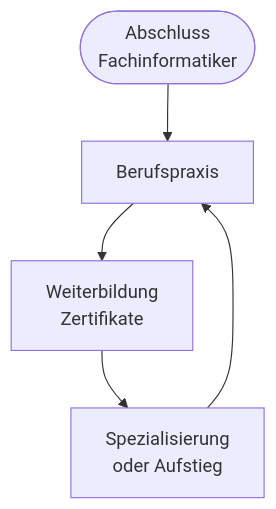
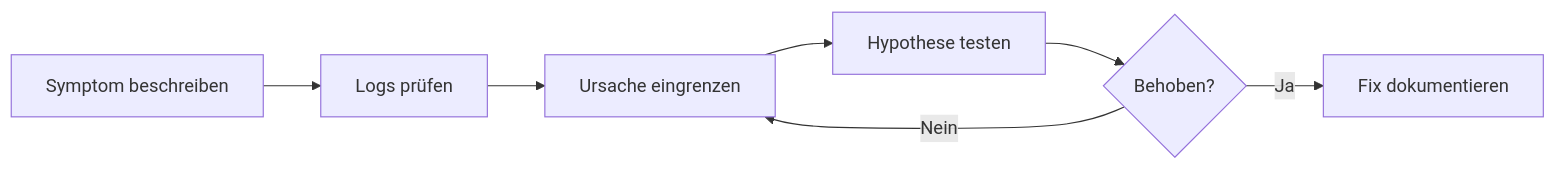
Before and after one commit to Qualidy/M5.4a-Program-CMS---Install-Konfig-FIAE-: the third of 3 diagrams in docs/content/kapitel10.md, drawn with Mermaid. The commit also changed other lines of this file and 105 other files, not shown here.

````diff
--- a/docs/content/kapitel10.md
+++ b/docs/content/kapitel10.md
@@ -45,7 +172,9 @@
 ```mermaid
-flowchart TD
-    A([Abschluss\nFachinformatiker]) --> B[Berufspraxis]
-    B --> C[Weiterbildung\nZertifikate]
-    C --> D[Spezialisierung\noder Aufstieg]
-    D --> B
+flowchart LR
+    A[Symptom beschreiben] --> B[Logs prüfen]
+    B --> C[Ursache eingrenzen]
+    C --> D[Hypothese testen]
+    D --> E{Behoben?}
+    E -->|Nein| C
+    E -->|Ja| F[Fix dokumentieren]
 ```
````
